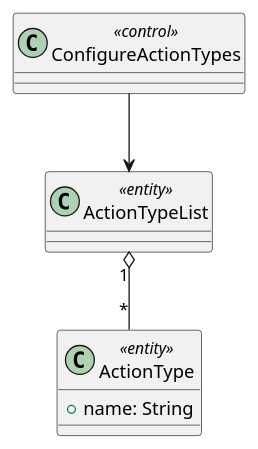
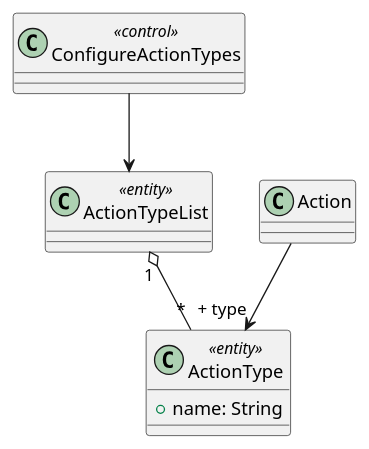
The second of 2 diagrams in Use Cases/ConfigureActionTypes.iuml (bmb0136/COMP-3700-Project), drawn with PlantUML before and after one commit.

Commit message:
connect action <-> action type

```diff
--- a/Use Cases/ConfigureActionTypes.iuml
+++ b/Use Cases/ConfigureActionTypes.iuml
@@ -34,9 +34,10 @@
 @startuml Configure Action Types Object Model
 class ConfigureActionTypes <<control>> {}
 class ActionTypeList <<entity>> {}
 ConfigureActionTypes --> ActionTypeList
 class ActionType <<entity>> {
   + name: String
 }
 ActionTypeList "1" o-- "*" ActionType
+Action --> "+ type" ActionType
 @enduml
```
